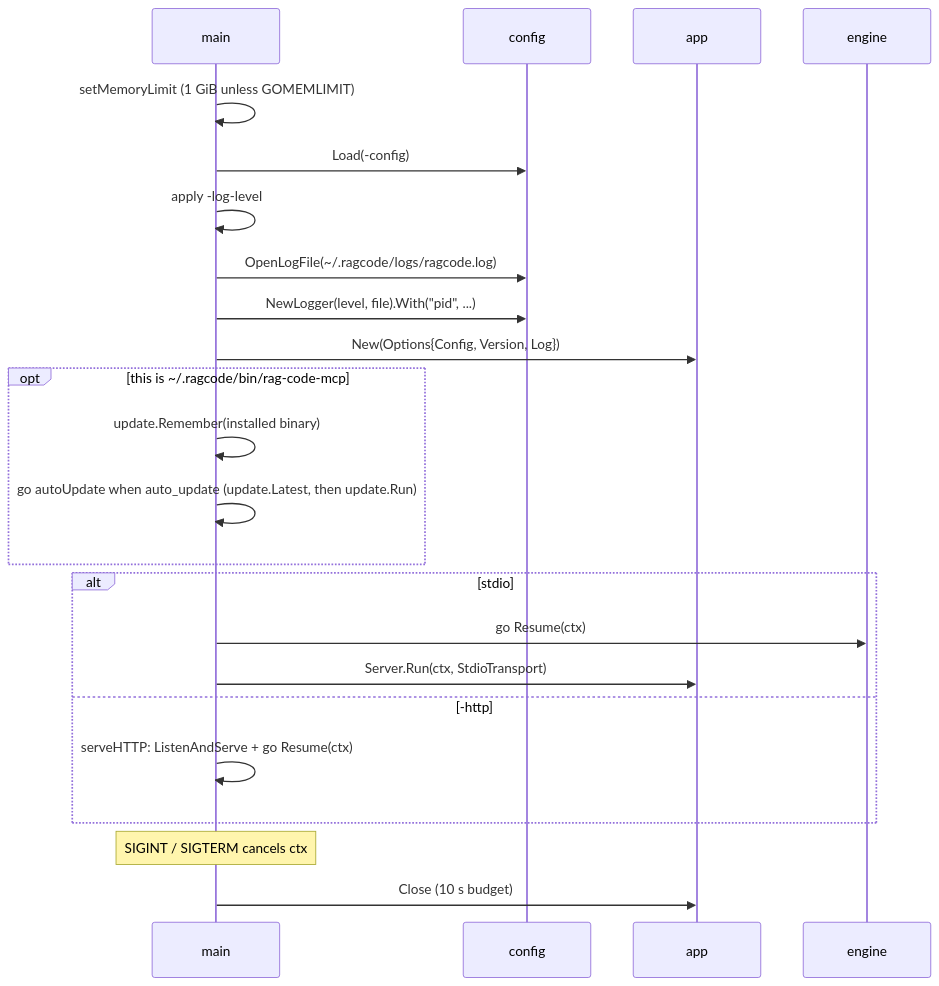
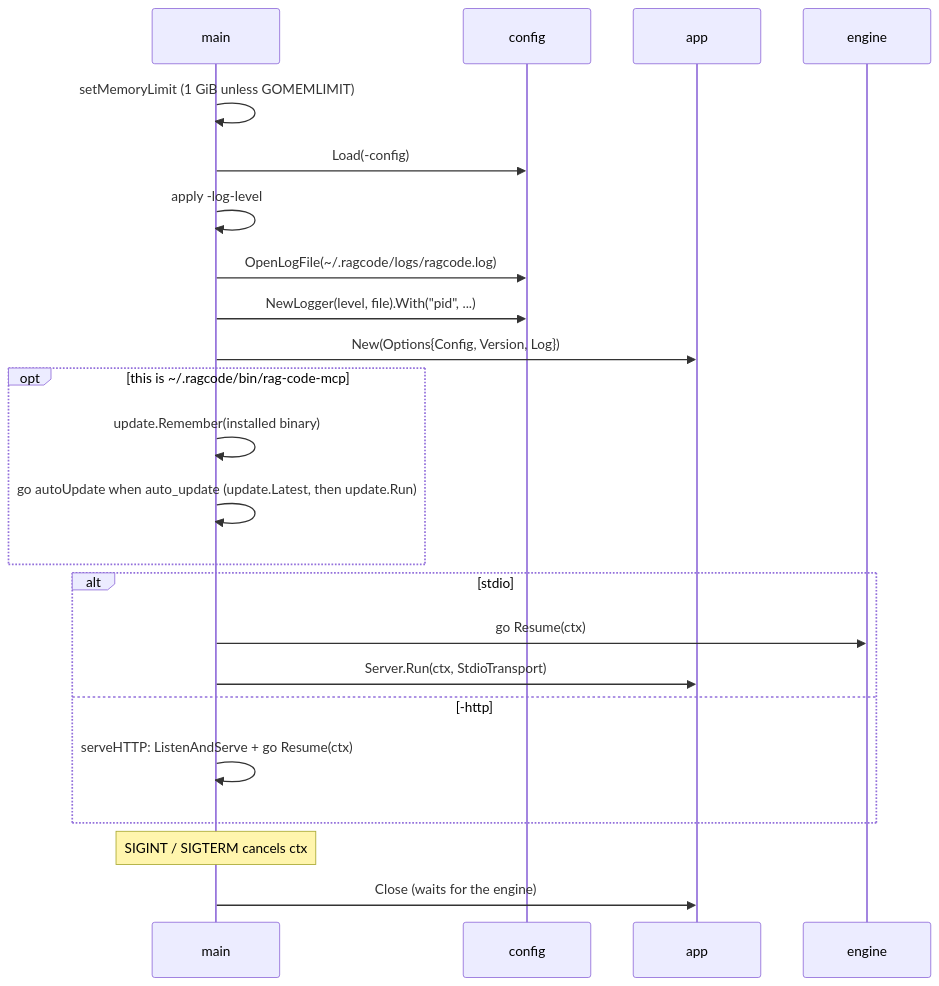
The second of 2 diagrams in cmd/rag-code-mcp/README.md (doITmagic/rag-code-mcp), drawn with Mermaid before and after one commit. The commit also changed other lines of this file and 13 other files, not shown here.

````diff
--- a/cmd/rag-code-mcp/README.md
+++ b/cmd/rag-code-mcp/README.md
@@ -67,25 +67,25 @@
 ```mermaid
 sequenceDiagram
     participant M as main
     participant C as config
     participant A as app
     participant E as engine
     M->>M: setMemoryLimit (1 GiB unless GOMEMLIMIT)
     M->>C: Load(-config)
     M->>M: apply -log-level
     M->>C: OpenLogFile(~/.ragcode/logs/ragcode.log)
     M->>C: NewLogger(level, file).With("pid", ...)
     M->>A: New(Options{Config, Version, Log})
     opt this is ~/.ragcode/bin/rag-code-mcp
         M->>M: update.Remember(installed binary)
         M->>M: go autoUpdate when auto_update (update.Latest, then update.Run)
     end
     alt stdio
         M->>E: go Resume(ctx)
         M->>A: Server.Run(ctx, StdioTransport)
     else -http
         M->>M: serveHTTP: ListenAndServe + go Resume(ctx)
     end
     Note over M: SIGINT / SIGTERM cancels ctx
-    M->>A: Close (10 s budget)
+    M->>A: Close (waits for the engine)
 ```
````
